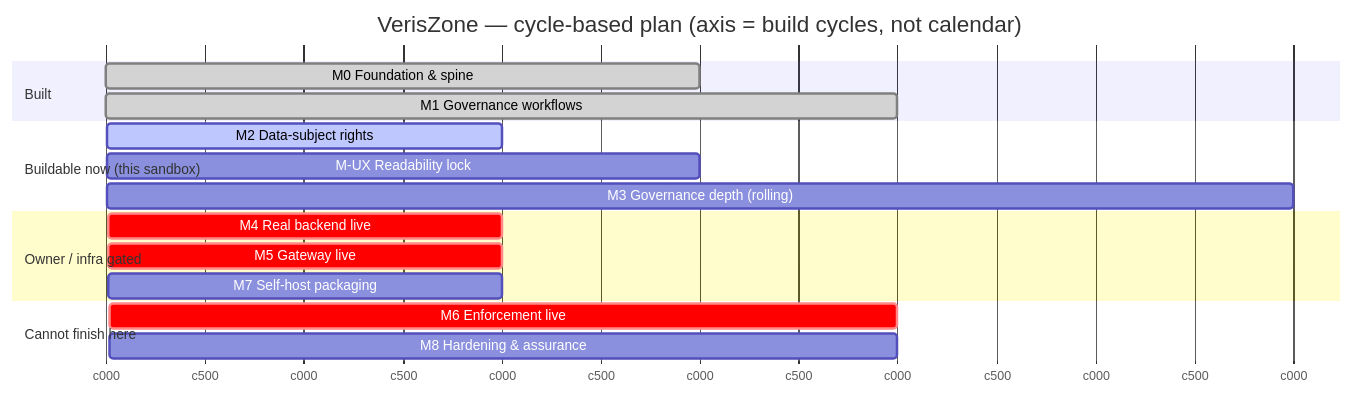
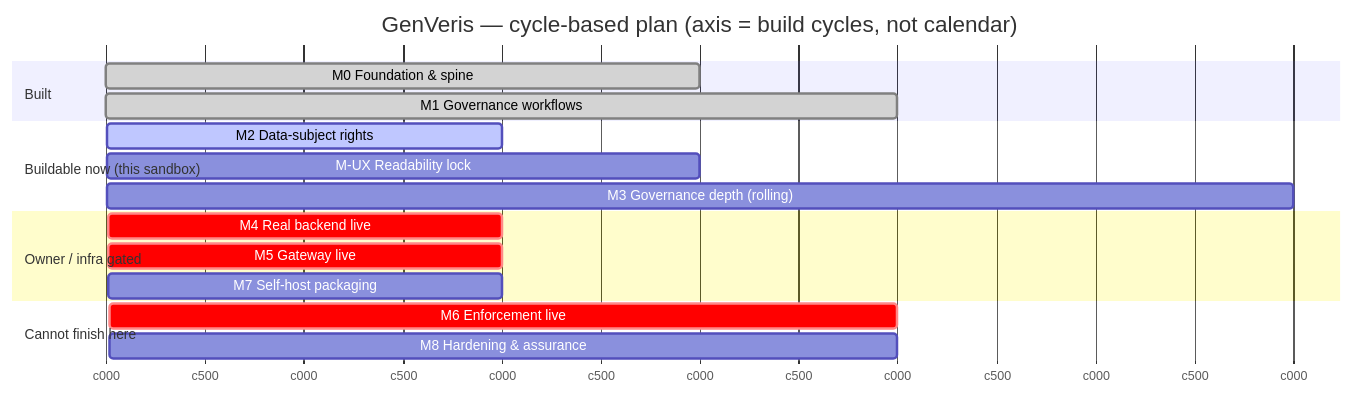
Before and after one commit to EmanGeniaz/veris: the diagram in docs/GANTT.md, drawn with Mermaid. The commit also changed other lines of this file and 96 other files, not shown here.

````diff
--- a/docs/GANTT.md
+++ b/docs/GANTT.md
@@ -36,20 +36,20 @@
 ```mermaid
 gantt
-    title VerisZone — cycle-based plan (axis = build cycles, not calendar)
+    title GenVeris — cycle-based plan (axis = build cycles, not calendar)
     dateFormat  X
     axisFormat  c%L
     section Built
     M0 Foundation & spine        :done, m0, 0, 3
     M1 Governance workflows      :done, m1, 3, 4
     section Buildable now (this sandbox)
     M2 Data-subject rights       :active, m2, 7, 2
     M-UX Readability lock        :m_ux, 9, 3
     M3 Governance depth (rolling):m3, 7, 6
     section Owner / infra gated
     M4 Real backend live         :crit, m4, 12, 2
     M5 Gateway live              :crit, m5, 14, 2
     M7 Self-host packaging       :m7, 14, 2
     section Cannot finish here
     M6 Enforcement live          :crit, m6, 16, 4
     M8 Hardening & assurance     :m8, 20, 4
 ```
````
